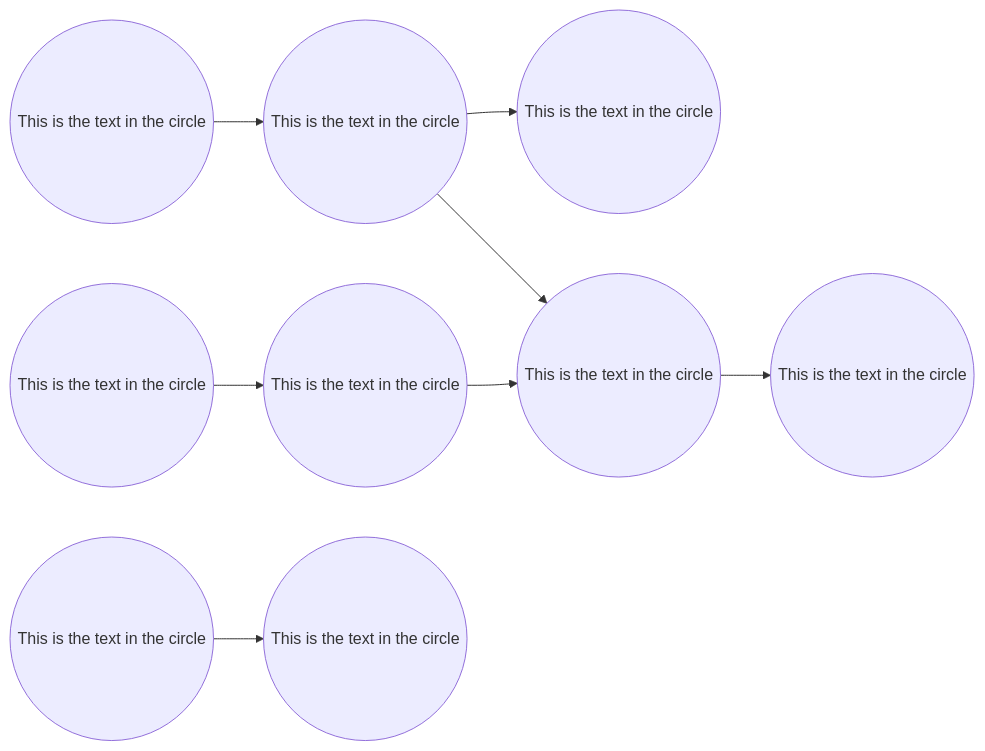
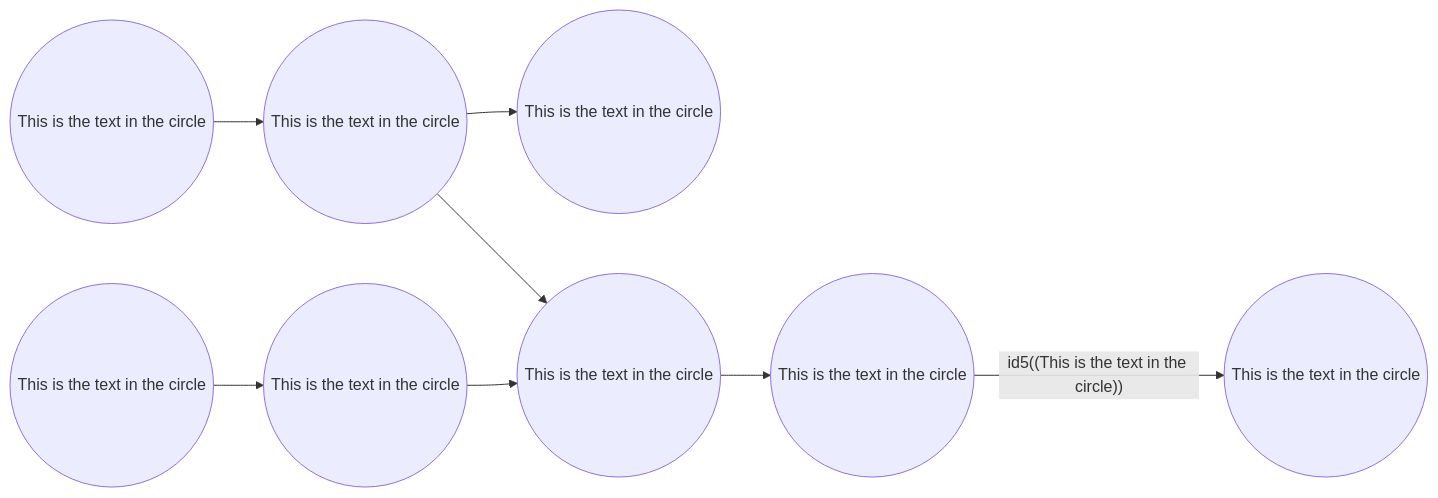
One commit to gerbssusd/dok changed the second of 2 diagrams in slides.md. Above: the diagram before and after it, drawn with Mermaid.

````diff
--- a/slides.md
+++ b/slides.md
@@ -499,15 +499,15 @@
 ```mermaid {scale: .60}
 
 flowchart LR
     id1((This is the text in the circle)) -->
     id2((This is the text in the circle)) -->
     id3((This is the text in the circle))
        id3.1((This is the text in the circle))-->
        id3.2((This is the text in the circle))-->id4
    id2 --> id4((This is the text in the circle)) 
-      -->id6((This is the text in the circle))
+      -->id6((This is the text in the circle))--
     id5((This is the text in the circle)) -->
    
     id7((This is the text in the circle))
 
 ```
````
